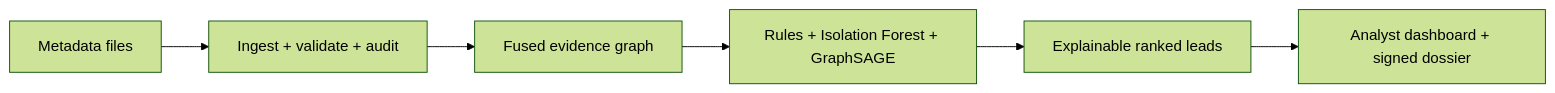
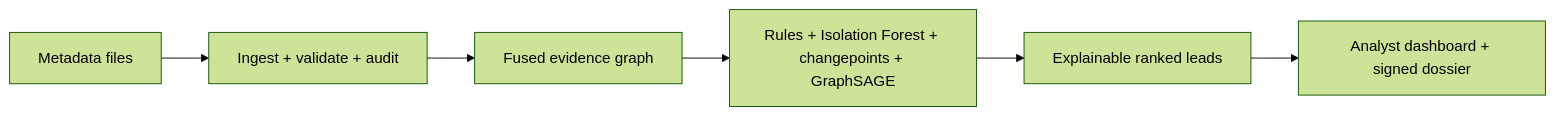
Before and after one commit to Sachin-MS-77/parallax: the diagram in README.md, drawn with Mermaid (forest theme). The commit also changed other lines of this file and 43 other files, not shown here.

````diff
--- a/README.md
+++ b/README.md
@@ -15,8 +15,8 @@
 ```mermaid
 flowchart LR
     A["Metadata files"] --> B["Ingest + validate + audit"]
     B --> C["Fused evidence graph"]
-    C --> D["Rules + Isolation Forest + GraphSAGE"]
+    C --> D["Rules + Isolation Forest + changepoints + GraphSAGE"]
     D --> E["Explainable ranked leads"]
     E --> F["Analyst dashboard + signed dossier"]
 ```
````
